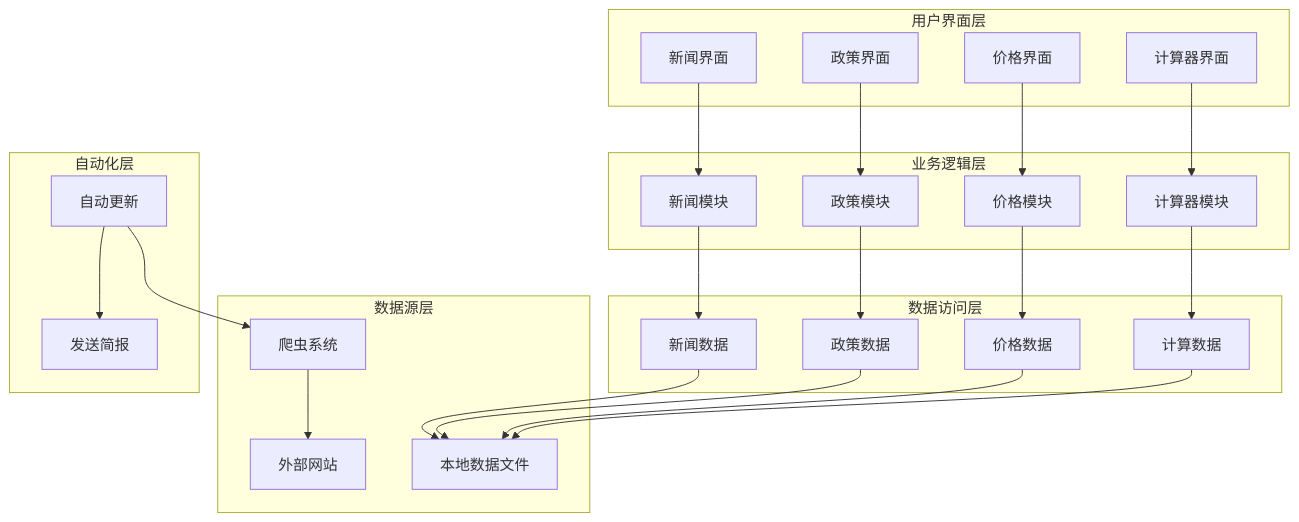
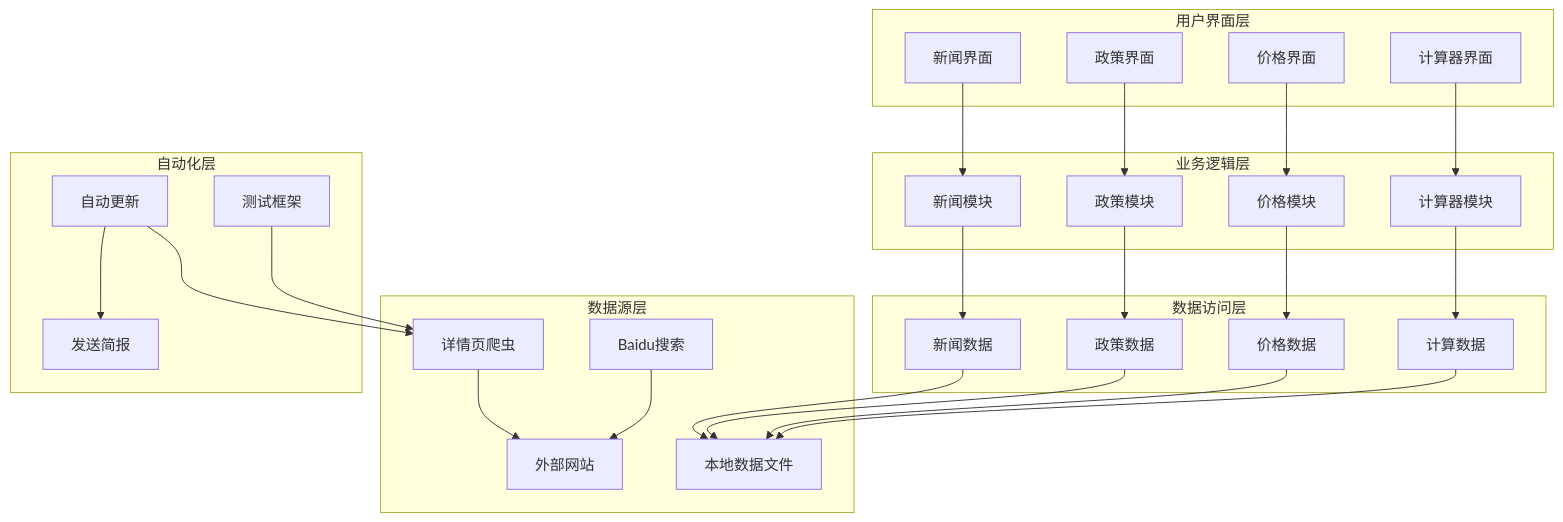
Before and after one commit to liangxuanliang-cmd/carbon-info-agent: the fourth of 16 diagrams in .qoder/repowiki/zh/content/数据管理/新闻数据管理/增强的新闻数据管理.md, drawn with Mermaid. The commit also changed other lines of this file and 5 other files, not shown here.

````diff
--- a/.qoder/repowiki/zh/content/数据管理/新闻数据管理/增强的新闻数据管理.md
+++ b/.qoder/repowiki/zh/content/数据管理/新闻数据管理/增强的新闻数据管理.md
@@ -172,45 +218,49 @@
 ```mermaid
 graph TB
 subgraph "用户界面层"
 NewsUI[新闻界面]
 PolicyUI[政策界面]
 PriceUI[价格界面]
 CalcUI[计算器界面]
 end
 subgraph "业务逻辑层"
 NewsSection[新闻模块]
 PolicySection[政策模块]
 PriceSection[价格模块]
 CalcSection[计算器模块]
 end
 subgraph "数据访问层"
 NewsData[新闻数据]
 PolicyData[政策数据]
 PriceData[价格数据]
 CalcData[计算数据]
 end
 subgraph "数据源层"
 LocalData[本地数据文件]
-Crawler[爬虫系统]
+DetailCrawler[详情页爬虫]
+BaiduSearch[Baidu搜索]
 ExternalSites[外部网站]
 end
 subgraph "自动化层"
 AutoUpdate[自动更新]
 SendReport[发送简报]
+TestFramework[测试框架]
 end
 NewsUI --> NewsSection
 PolicyUI --> PolicySection
 PriceUI --> PriceSection
 CalcUI --> CalcSection
 NewsSection --> NewsData
 PolicySection --> PolicyData
 PriceSection --> PriceData
 CalcSection --> CalcData
 NewsData --> LocalData
 PolicyData --> LocalData
 PriceData --> LocalData
 CalcData --> LocalData
-Crawler --> ExternalSites
-AutoUpdate --> Crawler
+DetailCrawler --> ExternalSites
+BaiduSearch --> ExternalSites
+AutoUpdate --> DetailCrawler
 AutoUpdate --> SendReport
+TestFramework --> DetailCrawler
 ```
````
